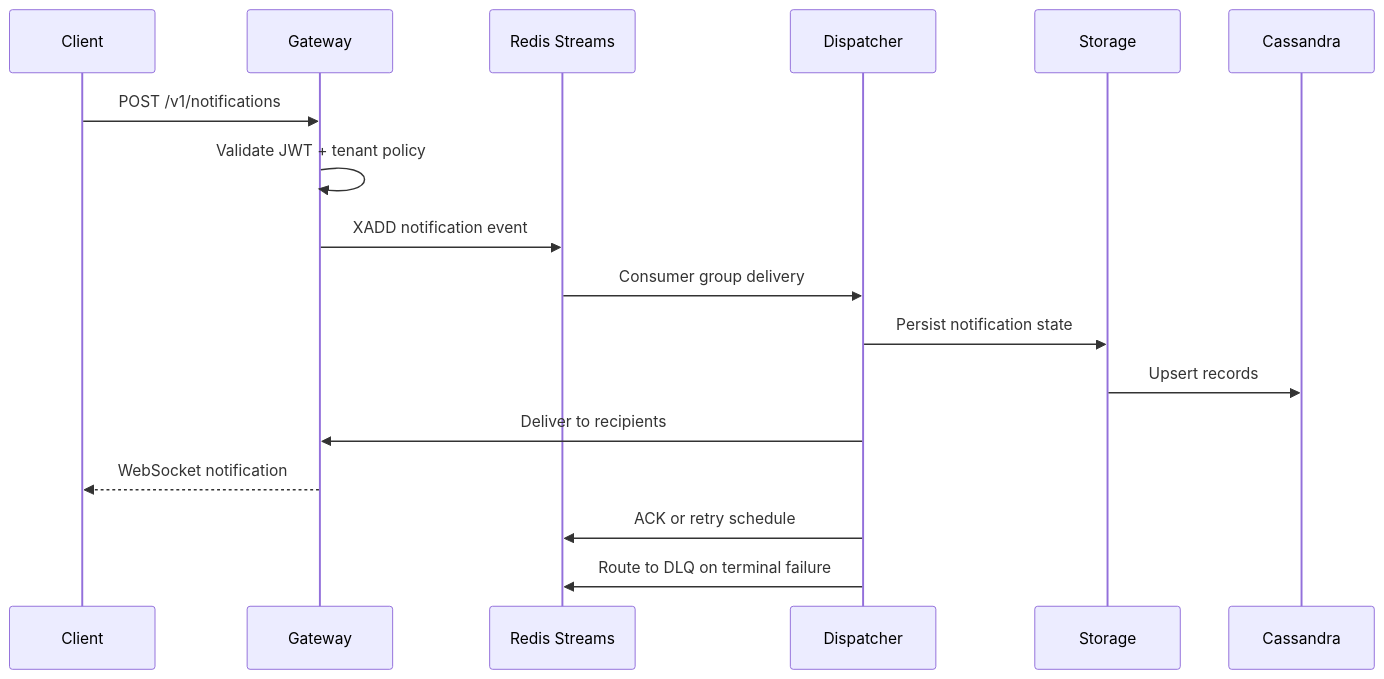
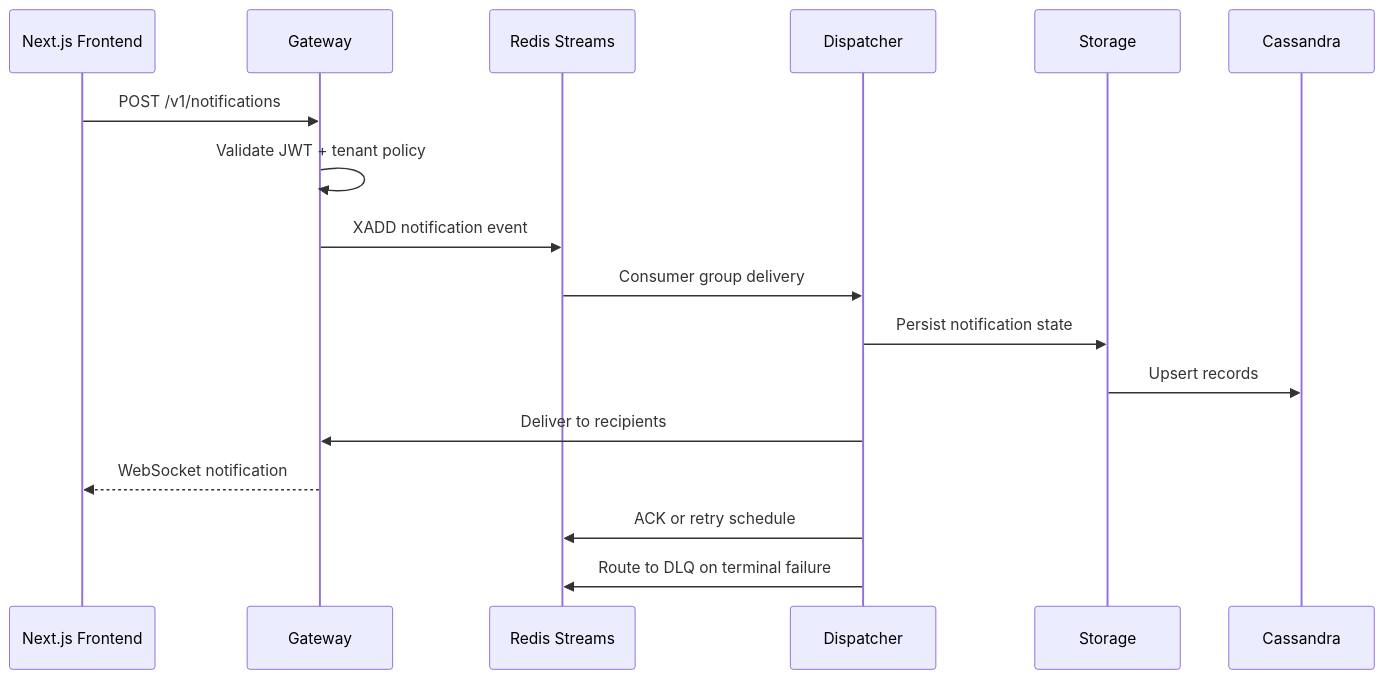
Before and after one commit to arup-chauhan/Multi-Tenant-Notifications-Platform: the second of 3 diagrams in README.md, drawn with Mermaid. The commit also changed other lines of this file and 14 other files, not shown here.

Commit message:
Migrate frontend to Next.js and update architecture diagrams

````diff
--- a/README.md
+++ b/README.md
@@ -140,20 +140,20 @@
 ```mermaid
 sequenceDiagram
-    participant Client
+    participant Frontend as Next.js Frontend
     participant Gateway
     participant Redis as Redis Streams
     participant Dispatcher
     participant Storage
     participant Cassandra
 
-    Client->>Gateway: POST /v1/notifications
+    Frontend->>Gateway: POST /v1/notifications
     Gateway->>Gateway: Validate JWT + tenant policy
     Gateway->>Redis: XADD notification event
     Redis->>Dispatcher: Consumer group delivery
     Dispatcher->>Storage: Persist notification state
     Storage->>Cassandra: Upsert records
     Dispatcher->>Gateway: Deliver to recipients
-    Gateway-->>Client: WebSocket notification
+    Gateway-->>Frontend: WebSocket notification
     Dispatcher->>Redis: ACK or retry schedule
     Dispatcher->>Redis: Route to DLQ on terminal failure
 ```
````
